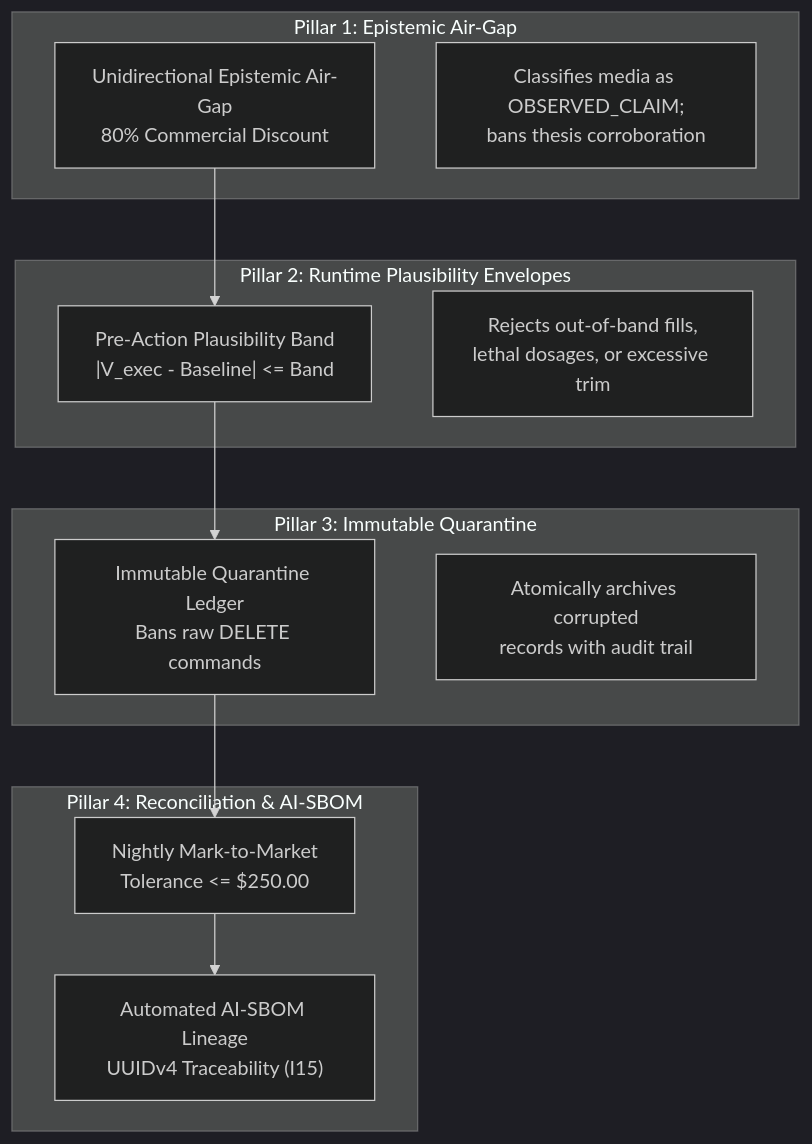
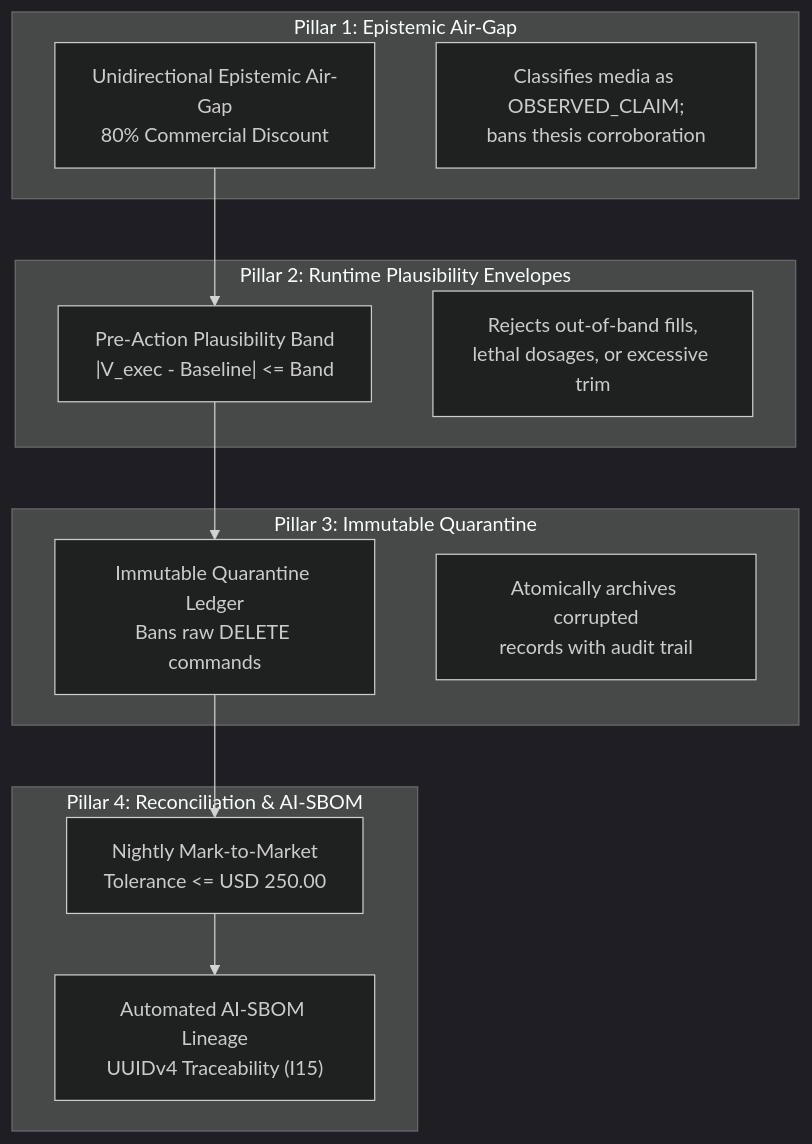
The diagram in 06_security_and_compliance/README.md (bdchang403/AI_Software_Foundations), drawn with Mermaid (dark theme) before and after one commit. The commit also changed 64 other files, not shown here.

````diff
--- a/06_security_and_compliance/README.md
+++ b/06_security_and_compliance/README.md
@@ -32,27 +32,27 @@
 ```mermaid
 flowchart TD
     subgraph P1["Pillar 1: Epistemic Air-Gap"]
         AirGap["Unidirectional Epistemic Air-Gap<br/>80% Commercial Discount"]
         Narrative["Classifies media as OBSERVED_CLAIM;<br/>bans thesis corroboration"]
     end
 
     subgraph P2["Pillar 2: Runtime Plausibility Envelopes"]
         Plaus["Pre-Action Plausibility Band<br/>|V_exec - Baseline| <= Band"]
         Clamps["Rejects out-of-band fills,<br/>lethal dosages, or excessive trim"]
     end
 
     subgraph P3["Pillar 3: Immutable Quarantine"]
         Quar["Immutable Quarantine Ledger<br/>Bans raw DELETE commands"]
         Migrate["Atomically archives corrupted<br/>records with audit trail"]
     end
 
     subgraph P4["Pillar 4: Reconciliation & AI-SBOM"]
-        Reconcile["Nightly Mark-to-Market<br/>Tolerance <= $250.00"]
+        Reconcile["Nightly Mark-to-Market<br/>Tolerance <= USD 250.00"]
         SBOM["Automated AI-SBOM Lineage<br/>UUIDv4 Traceability (I15)"]
     end
 
     AirGap --> Plaus
     Plaus --> Quar
     Quar --> Reconcile
     Reconcile --> SBOM
 ```
````
